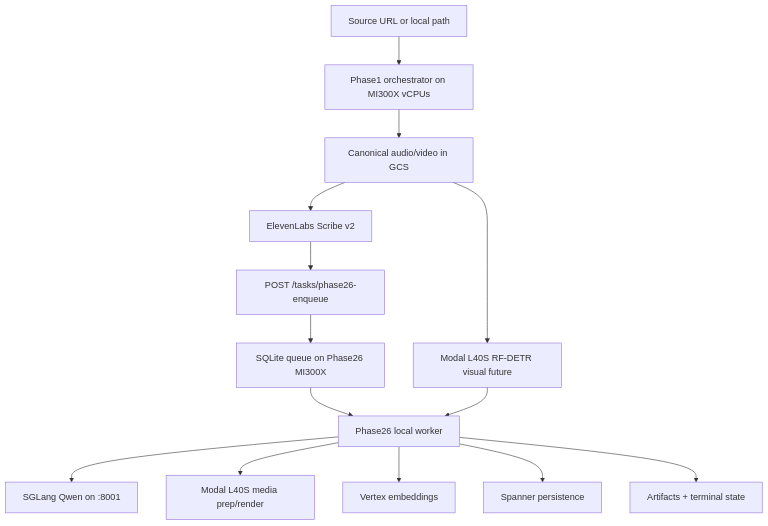
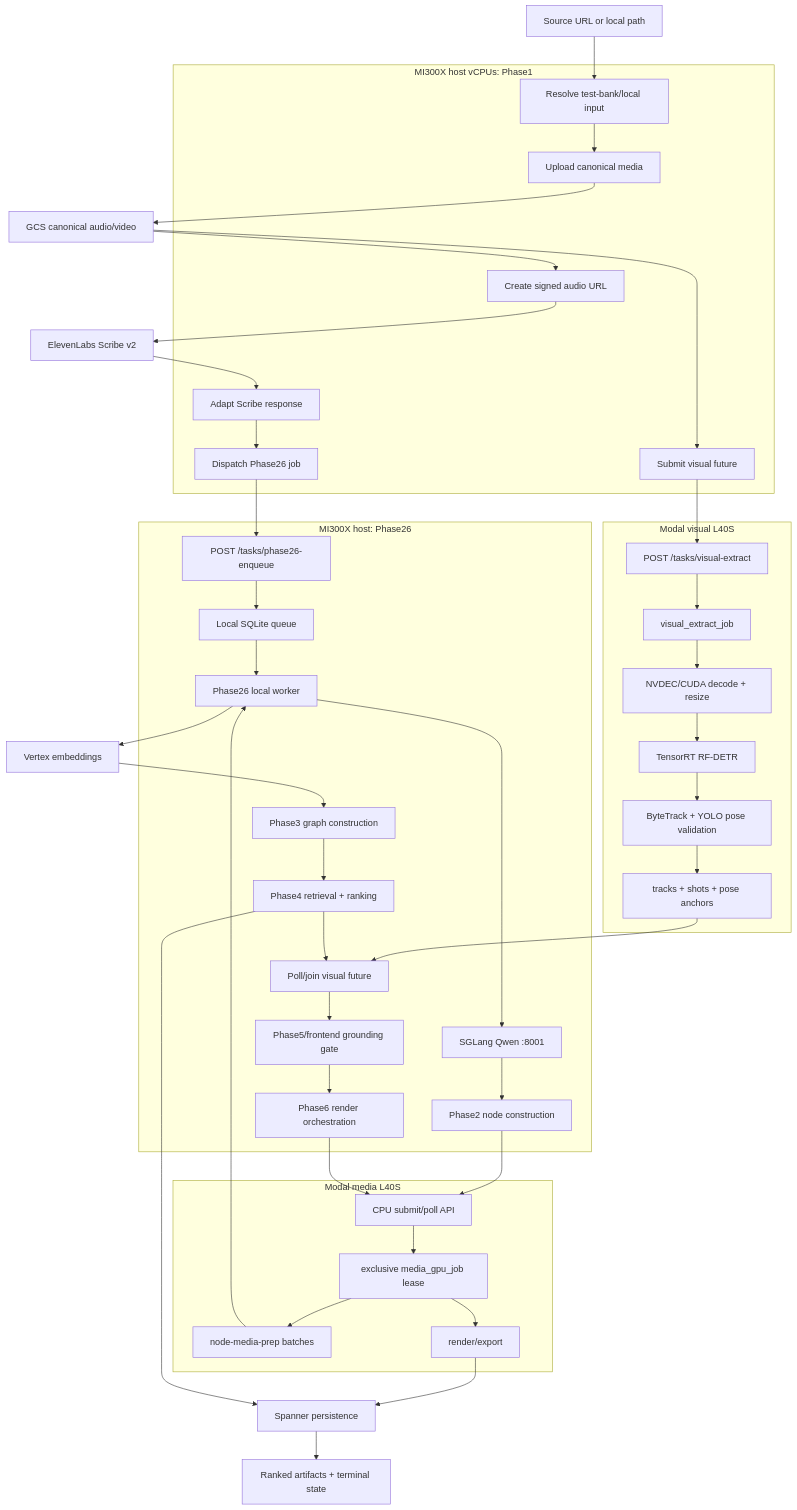
One commit to ClyptAI/Clypt-Backend changed the diagram in docs/ARCHITECTURE.md. Above: the diagram before and after it, drawn with Mermaid. The commit also changed other lines of this file and 8 other files, not shown here.

````diff
--- a/docs/ARCHITECTURE.md
+++ b/docs/ARCHITECTURE.md
@@ -10,27 +10,61 @@
 ```mermaid
 flowchart TD
   source["Source URL or local path"]
-  p1["Phase1 orchestrator on MI300X vCPUs"]
-  gcs["Canonical audio/video in GCS"]
+  gcs["GCS canonical audio/video"]
   scribe["ElevenLabs Scribe v2"]
-  visual["Modal L40S RF-DETR visual future"]
-  dispatch["POST /tasks/phase26-enqueue"]
-  q["SQLite queue on Phase26 MI300X"]
-  worker["Phase26 local worker"]
-  llm["SGLang Qwen on :8001"]
-  media["Modal L40S media prep/render"]
-  emb["Vertex embeddings"]
-  sp["Spanner persistence"]
-  out["Artifacts + terminal state"]
+  vertex["Vertex embeddings"]
+  spanner["Spanner persistence"]
+  terminal["Ranked artifacts + terminal state"]
 
-  source --> p1 --> gcs
-  gcs --> scribe --> dispatch
-  gcs --> visual
-  dispatch --> q --> worker
-  worker --> llm
-  worker --> media
-  worker --> emb
-  worker --> sp
-  worker --> out
-  visual --> worker
+  subgraph p1host["MI300X host vCPUs: Phase1"]
+    ingest["Resolve test-bank/local input"]
+    upload["Upload canonical media"]
+    sign["Create signed audio URL"]
+    submitVisual["Submit visual future"]
+    adapt["Adapt Scribe response"]
+    enqueue["Dispatch Phase26 job"]
+  end
+
+  subgraph visual["Modal visual L40S"]
+    visualApi["POST /tasks/visual-extract"]
+    visualJob["visual_extract_job"]
+    decode["NVDEC/CUDA decode + resize"]
+    detect["TensorRT RF-DETR"]
+    track["ByteTrack + YOLO pose validation"]
+    visualResult["tracks + shots + pose anchors"]
+  end
+
+  subgraph p26["MI300X host: Phase26"]
+    dispatch["POST /tasks/phase26-enqueue"]
+    queue["Local SQLite queue"]
+    worker["Phase26 local worker"]
+    qwen["SGLang Qwen :8001"]
+    phase2["Phase2 node construction"]
+    visualJoin["Poll/join visual future"]
+    phase3["Phase3 graph construction"]
+    phase4["Phase4 retrieval + ranking"]
+    phase5["Phase5/frontend grounding gate"]
+    phase6["Phase6 render orchestration"]
+  end
+
+  subgraph media["Modal media L40S"]
+    mediaApi["CPU submit/poll API"]
+    mediaLease["exclusive media_gpu_job lease"]
+    nodePrep["node-media-prep batches"]
+    render["render/export"]
+  end
+
+  source --> ingest --> upload --> gcs
+  sign --> scribe --> adapt
+  gcs --> sign
+  gcs --> submitVisual --> visualApi --> visualJob --> decode --> detect --> track --> visualResult
+  adapt --> enqueue --> dispatch --> queue --> worker
+  worker --> qwen --> phase2
+  phase2 --> mediaApi --> mediaLease --> nodePrep --> worker
+  worker --> vertex --> phase3 --> phase4
+  visualResult --> visualJoin
+  phase4 --> visualJoin --> phase5 --> phase6
+  phase6 --> mediaApi
+  mediaLease --> render --> spanner
+  phase4 --> spanner --> terminal
 ```
````
